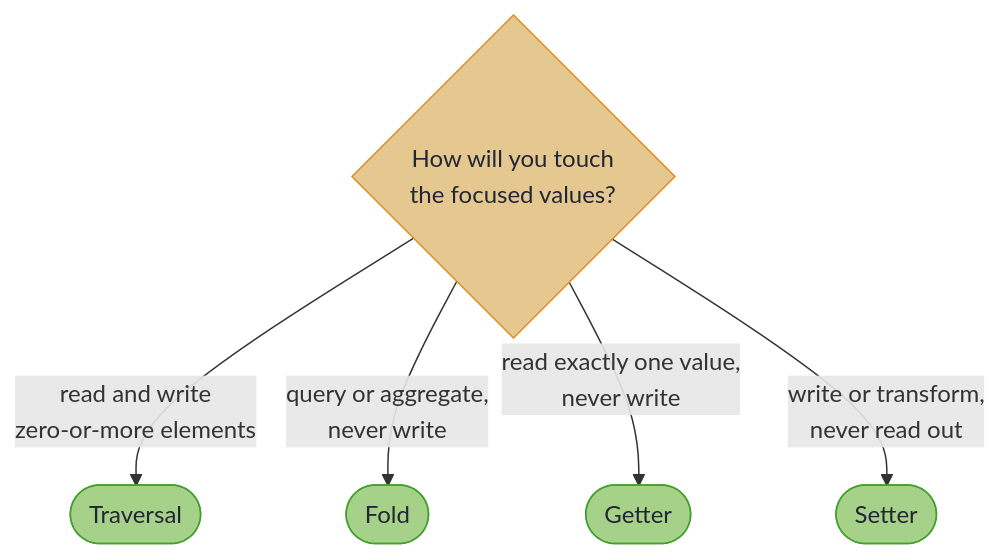
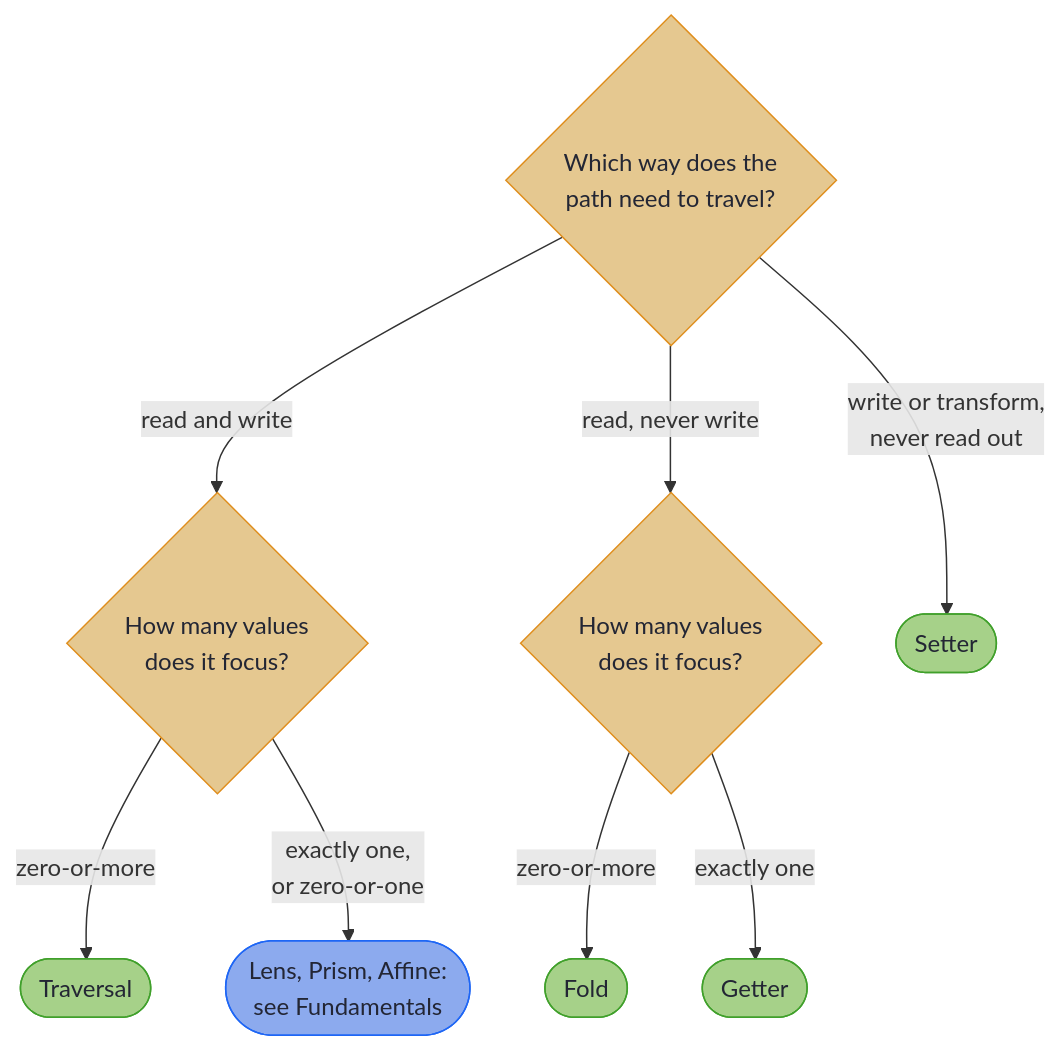
The diagram in hkj-book/src/optics/ch2_intro.md (higher-kinded-j/higher-kinded-j), drawn with Mermaid before and after one commit. The commit also changed other lines of this file and 4 other files, not shown here.

````diff
--- a/hkj-book/src/optics/ch2_intro.md
+++ b/hkj-book/src/optics/ch2_intro.md
@@ -37,13 +37,20 @@
 ```mermaid
 flowchart TD
-    Q{"How will you touch<br/>the focused values?"}
-    Q -->|"read and write<br/>zero-or-more elements"| T(["Traversal"])
-    Q -->|"query or aggregate,<br/>never write"| F(["Fold"])
-    Q -->|"read exactly one value,<br/>never write"| G(["Getter"])
+    Q{"Which way does the<br/>path need to travel?"}
+    Q -->|"read and write"| RW{"How many values<br/>does it focus?"}
+    Q -->|"read, never write"| RO{"How many values<br/>does it focus?"}
     Q -->|"write or transform,<br/>never read out"| S(["Setter"])
+
+    RW -->|"zero-or-more"| T(["Traversal"])
+    RW -->|"exactly one,<br/>or zero-or-one"| L(["Lens, Prism, Affine:<br/>see Fundamentals"])
+
+    RO -->|"zero-or-more"| F(["Fold"])
+    RO -->|"exactly one"| G(["Getter"])
 
     classDef decision fill:#e5c890,stroke:#df8e1d,color:#232634
     classDef tier fill:#a6d189,stroke:#40a02b,color:#232634
-    class Q decision
+    classDef elsewhere fill:#8caaee,stroke:#1e66f5,color:#232634
+    class Q,RW,RO decision
     class T,F,G,S tier
+    class L elsewhere
 ```
````
